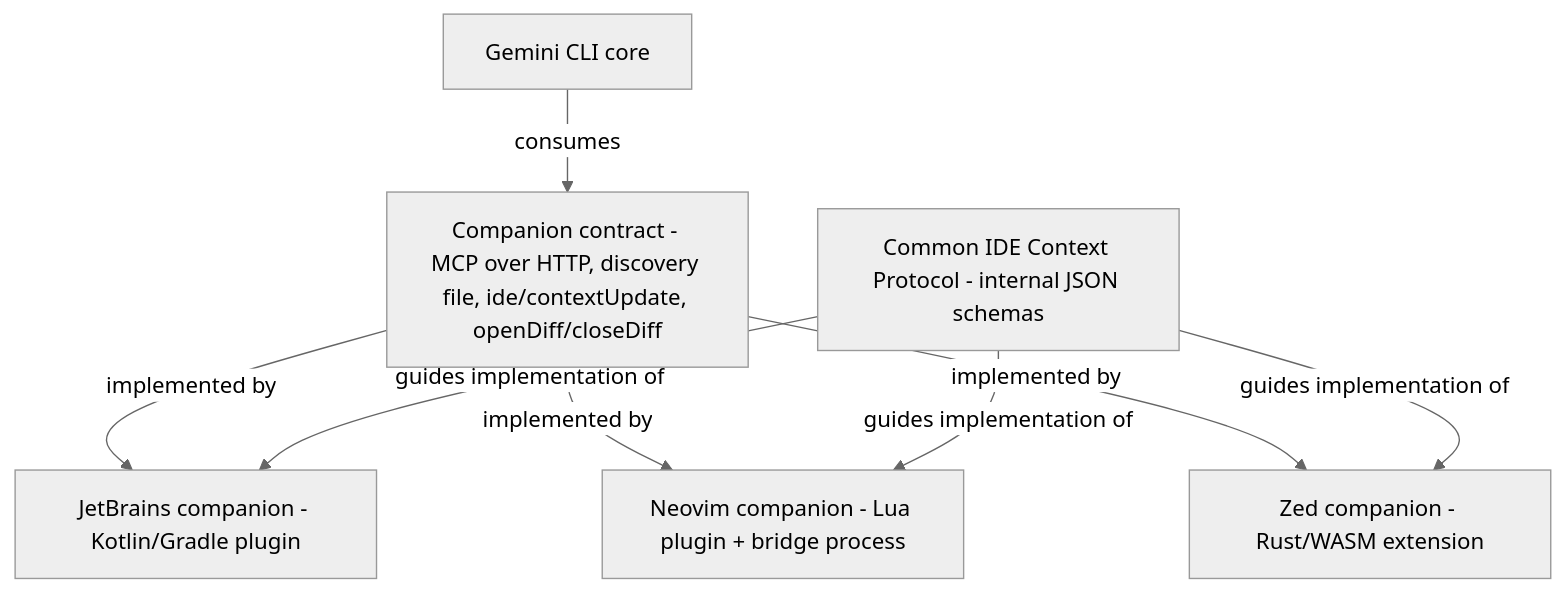
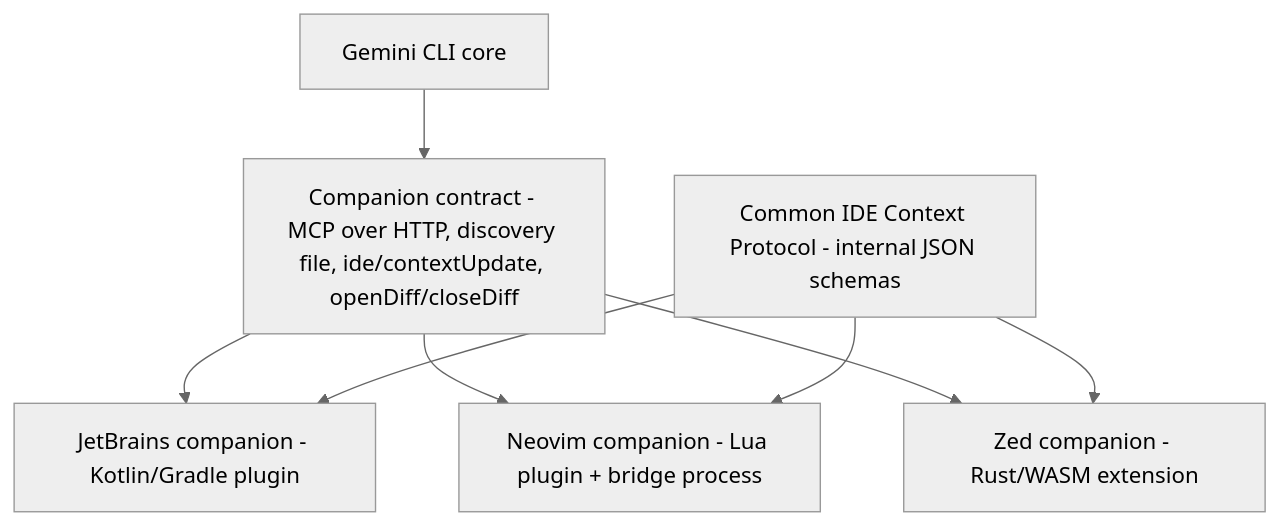
Before and after one commit to muddlebee/gemini-cli: the fourth of 8 diagrams in docs/local/gsoc-proposal-v2.md, drawn with Mermaid (neutral theme). The commit also changed other lines of this file, not shown here.

Commit message:
refactor(docs): simplify graph notation and improve clarity in GSoC proposal

````diff
--- a/docs/local/gsoc-proposal-v2.md
+++ b/docs/local/gsoc-proposal-v2.md
@@ -191,17 +191,17 @@
 ```mermaid
 graph TD
     A[Gemini CLI core]
     B[Companion contract - MCP over HTTP, discovery file, ide/contextUpdate, openDiff/closeDiff]
     C[Common IDE Context Protocol - internal JSON schemas]
     D[JetBrains companion - Kotlin/Gradle plugin]
     E[Neovim companion - Lua plugin + bridge process]
     F[Zed companion - Rust/WASM extension]
 
-    A -->|consumes| B
-    B -->|implemented by| D
-    B -->|implemented by| E
-    B -->|implemented by| F
-    C -->|guides implementation of| D
-    C -->|guides implementation of| E
-    C -->|guides implementation of| F
+    A --> B
+    B --> D
+    B --> E
+    B --> F
+    C --> D
+    C --> E
+    C --> F
 ```
````
